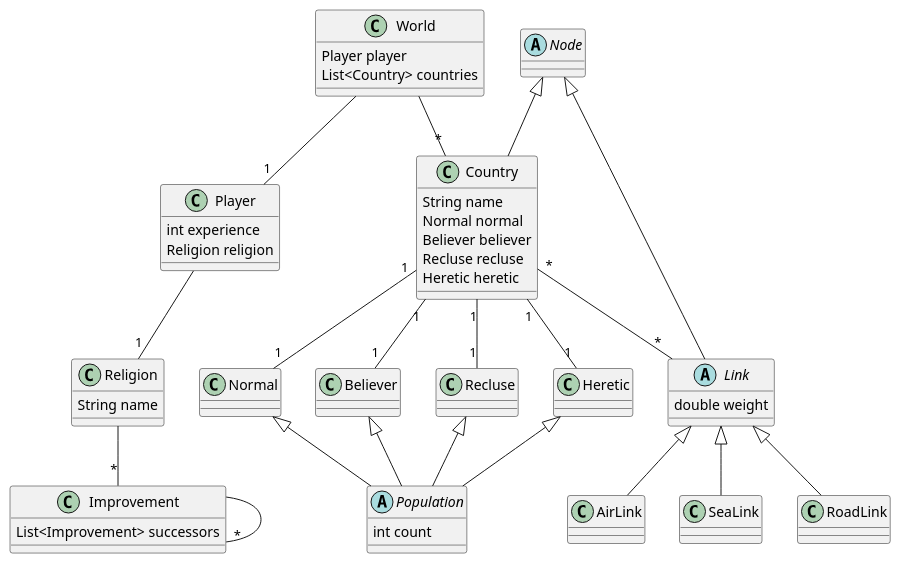
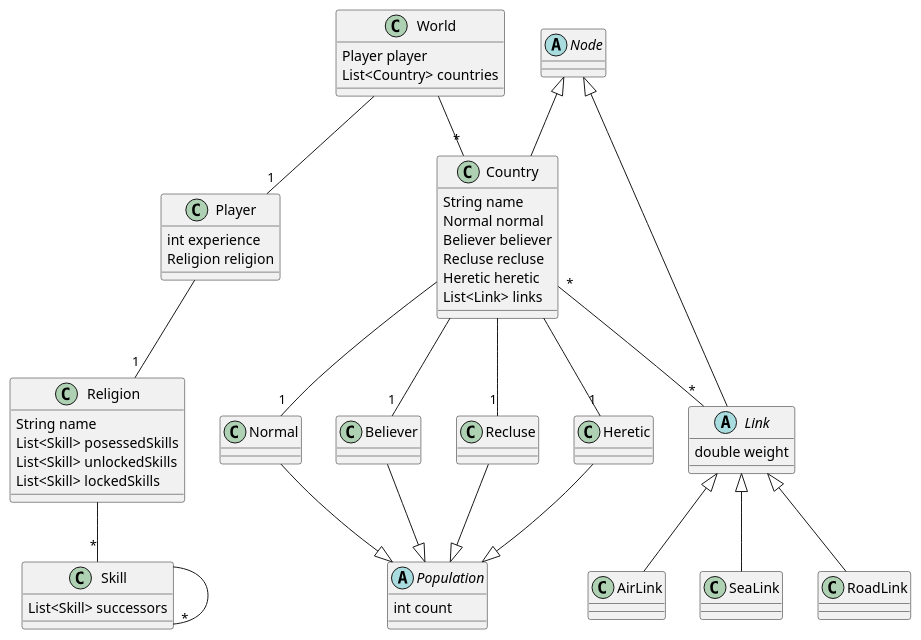
The diagram in doc/class_diagram.plantuml (TeleGD/tgd-plague), drawn with PlantUML before and after one commit. The commit also changed 1 other file, not shown here.

Commit message:
Deuxième version de l'UML + ajout du png correspondant.

```diff
--- a/doc/class_diagram.plantuml
+++ b/doc/class_diagram.plantuml
@@ -1,81 +1,85 @@
 @startuml
 class World{
   Player player
   List<Country> countries
 }
 
 class Player{
   int experience
   Religion religion
 }
 
 class Religion{
   String name
+  List<Skill> posessedSkills
+  List<Skill> unlockedSkills
+  List<Skill> lockedSkills
 }
 
 
-class Improvement{
-    List<Improvement> successors
+class Skill{
+    List<Skill> successors
 }
 
 abstract class Node
 
 class Country{
   String name
   Normal normal
   Believer believer
   Recluse recluse
   Heretic heretic
+  List<Link> links
 }
 
 abstract class Population{
   int count
 }
 
 class Normal
 class Believer
 class Recluse
 class Heretic
 
 
 
 abstract class Link{
   double weight
 }
 
 class AirLink
 
 class SeaLink
 
 class RoadLink
 
 Node <|-- Country
 Node <|-- Link
 Country "*"--"*" Link
 
 
 Link <|-- AirLink
 Link <|-- SeaLink
 Link <|-- RoadLink
 
-Country "1"--"1" Normal
-Country "1"--"1" Believer
-Country "1"--"1" Recluse
-Country "1"--"1" Heretic
+Country --"1" Normal
+Country --"1" Believer
+Country --"1" Recluse
+Country --"1" Heretic
 
-Normal <|-- Population
-Believer <|-- Population
-Recluse <|-- Population
-Heretic <|-- Population
+Normal --|> Population
+Believer --|> Population
+Recluse --|> Population
+Heretic --|> Population
 
 World --"*" Country
 
 
-Religion --"*" Improvement
-Improvement --"*" Improvement
+Religion --"*" Skill
+Skill --"*" Skill
 
 Player --"1" Religion
 
 World --"1" Player
 
 @enduml
```
